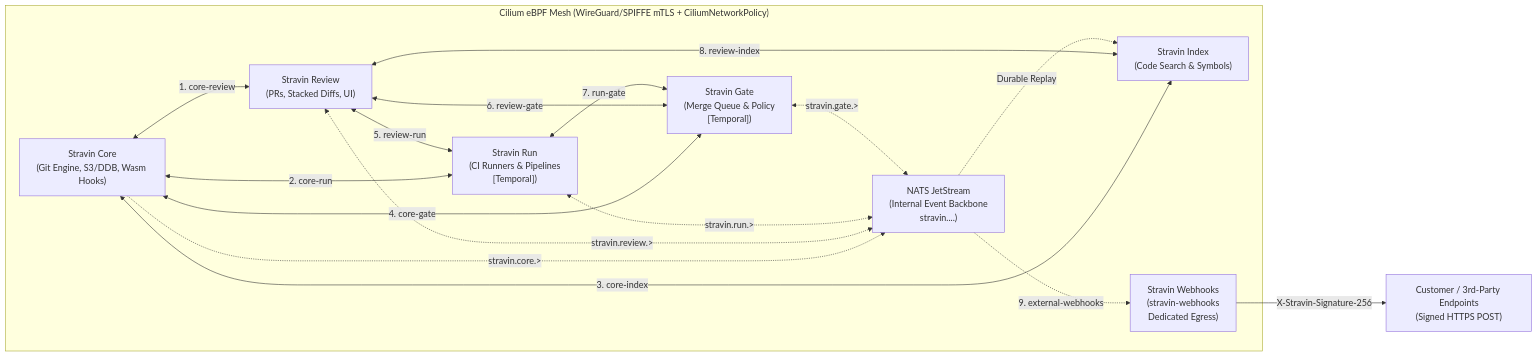
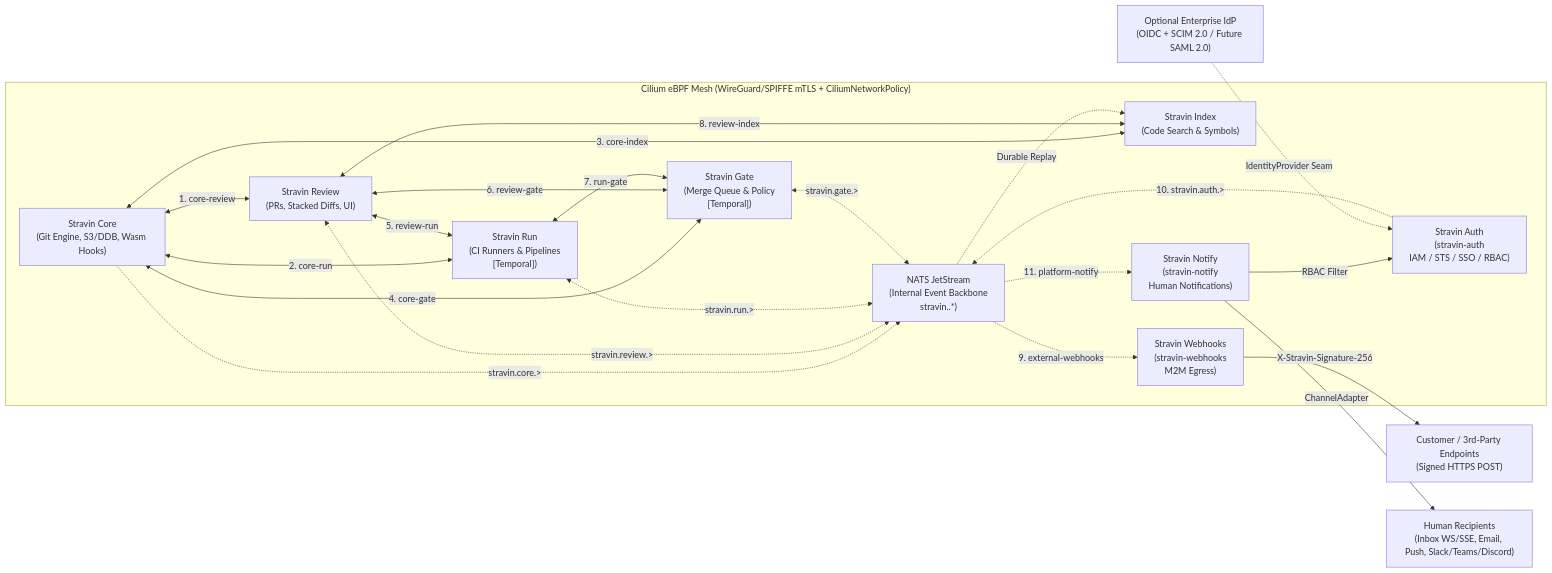
Before and after one commit to stravin-dev/architecture: the diagram in docs/interfaces/index.md, drawn with Mermaid. The commit also changed other lines of this file and 8 other files, not shown here.

Commit message:
docs: add ADR-0003 (stravin-auth) and stravin-notify interface contracts

````diff
--- a/docs/interfaces/index.md
+++ b/docs/interfaces/index.md
@@ -9,31 +9,40 @@
 ```mermaid
 flowchart LR
     subgraph Mesh["Cilium eBPF Mesh (WireGuard/SPIFFE mTLS + CiliumNetworkPolicy)"]
         Core["Stravin Core\n(Git Engine, S3/DDB, Wasm Hooks)"]
         Review["Stravin Review\n(PRs, Stacked Diffs, UI)"]
         Run["Stravin Run\n(CI Runners & Pipelines\n[Temporal])"]
         Index["Stravin Index\n(Code Search & Symbols)"]
         Gate["Stravin Gate\n(Merge Queue & Policy\n[Temporal])"]
-        NATS["NATS JetStream\n(Internal Event Backbone\nstravin.<product>.<tenant>.<repo>.<event>)"]
-        Webhooks["Stravin Webhooks\n(stravin-webhooks\nDedicated Egress)"]
+        NATS["NATS JetStream\n(Internal Event Backbone\nstravin.<product>.*)"]
+        Auth["Stravin Auth\n(stravin-auth\nIAM / STS / SSO / RBAC)"]
+        Webhooks["Stravin Webhooks\n(stravin-webhooks\nM2M Egress)"]
+        Notify["Stravin Notify\n(stravin-notify\nHuman Notifications)"]
 
         Core <-->|"1. core-review"| Review
         Core <-->|"2. core-run"| Run
         Core <-->|"3. core-index"| Index
         Core <-->|"4. core-gate"| Gate
         Review <-->|"5. review-run"| Run
         Review <-->|"6. review-gate"| Gate
         Run <-->|"7. run-gate"| Gate
         Review <-->|"8. review-index"| Index
 
         Core -.->|"stravin.core.>"| NATS
         Review <-.->|"stravin.review.>"| NATS
         Run <-.->|"stravin.run.>"| NATS
         Gate <-.->|"stravin.gate.>"| NATS
+        Auth -.->|"10. stravin.auth.>"| NATS
         NATS -.->|"Durable Replay"| Index
         NATS -.->|"9. external-webhooks"| Webhooks
+        NATS -.->|"11. platform-notify"| Notify
+        Notify -->|"RBAC Filter"| Auth
     end
 
     Customer["Customer / 3rd-Party Endpoints\n(Signed HTTPS POST)"]
+    Humans["Human Recipients\n(Inbox WS/SSE, Email, Push, Slack/Teams/Discord)"]
+    ExternalIdP["Optional Enterprise IdP\n(OIDC + SCIM 2.0 / Future SAML 2.0)"]
     Webhooks -->|"X-Stravin-Signature-256"| Customer
+    Notify -->|"ChannelAdapter"| Humans
+    ExternalIdP -.->|"IdentityProvider Seam"| Auth
 ```
````
